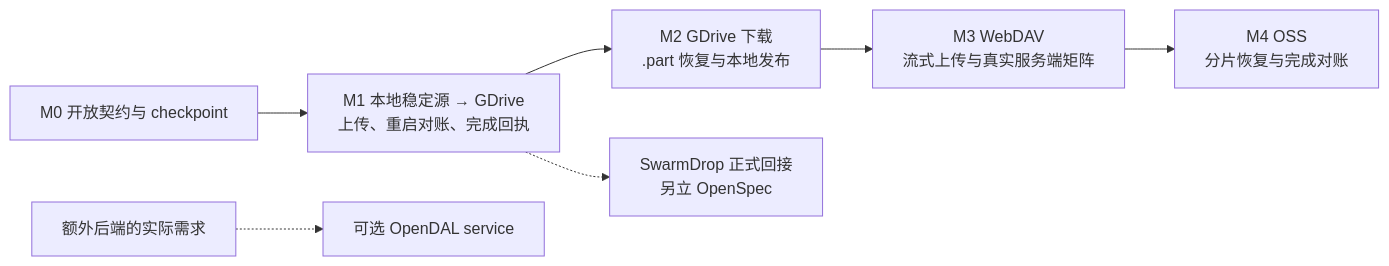
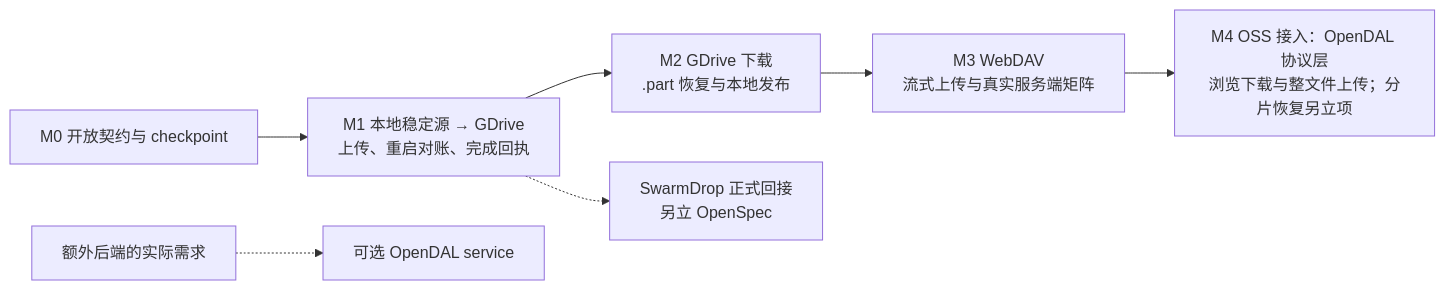
Before and after one commit to yexiyue/waybill: the third of 3 diagrams in docs/DESIGN.zh-CN.md, drawn with Mermaid. The commit also changed other lines of this file and 57 other files, not shown here.

````diff
--- a/docs/DESIGN.zh-CN.md
+++ b/docs/DESIGN.zh-CN.md
@@ -384,14 +434,14 @@
 ```mermaid
 flowchart LR
     M0["M0 开放契约与 checkpoint"] --> M1["M1 本地稳定源 → GDrive
 上传、重启对账、完成回执"]
     M1 --> M2["M2 GDrive 下载
 .part 恢复与本地发布"]
     M2 --> M3["M3 WebDAV
 流式上传与真实服务端矩阵"]
-    M3 --> M4["M4 OSS
-分片恢复与完成对账"]
+    M3 --> M4["M4 OSS 接入：OpenDAL 协议层
+浏览下载与整文件上传；分片恢复另立项"]
     M1 -.-> APP["SwarmDrop 正式回接
 另立 OpenSpec"]
     NEED["额外后端的实际需求"] -.-> OD["可选 OpenDAL service"]
 ```
````
